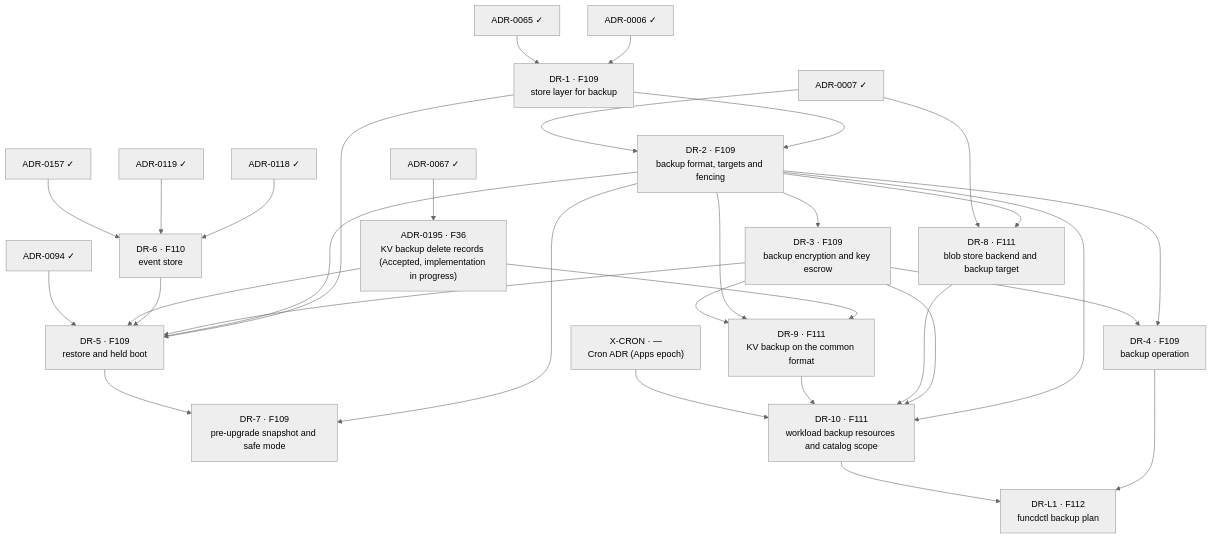
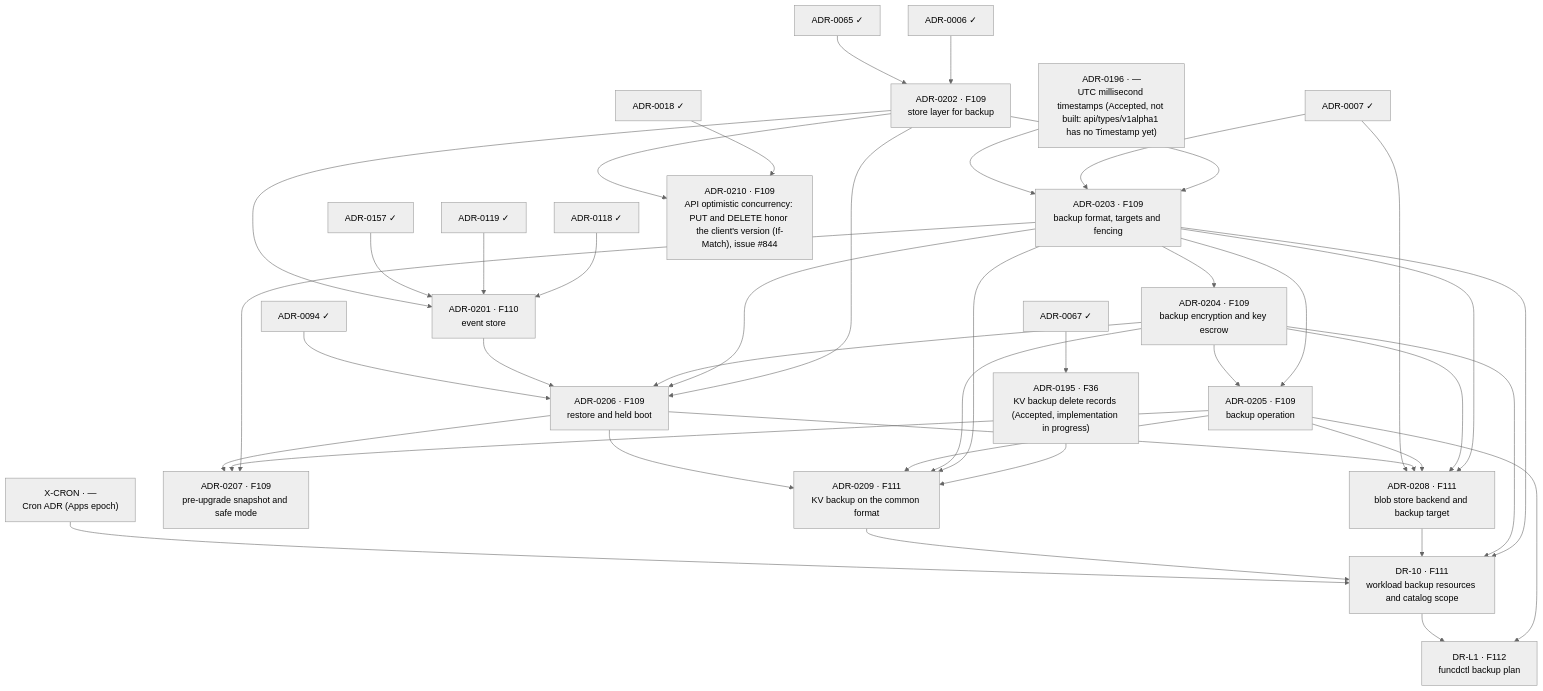
Before and after one commit to pyvvo/funcd: the diagram in docs/roadmap/dr-delivery-plan.md, drawn with Mermaid (neutral theme). The commit also changed other lines of this file and 13 other files, not shown here.

````diff
--- a/docs/roadmap/dr-delivery-plan.md
+++ b/docs/roadmap/dr-delivery-plan.md
@@ -69,56 +76,68 @@
 ```mermaid
 flowchart TB
     ADR_0006["ADR-0006 ✓"]
     ADR_0007["ADR-0007 ✓"]
+    ADR_0018["ADR-0018 ✓"]
     ADR_0065["ADR-0065 ✓"]
     ADR_0067["ADR-0067 ✓"]
     ADR_0094["ADR-0094 ✓"]
     ADR_0118["ADR-0118 ✓"]
     ADR_0119["ADR-0119 ✓"]
     ADR_0157["ADR-0157 ✓"]
     ADR_0195["ADR-0195 · F36<br/>KV backup delete records (Accepted, implementation in progress)"]
+    ADR_0196["ADR-0196 · —<br/>UTC millisecond timestamps (Accepted, not built: api/types/v1alpha1 has no Timestamp yet)"]
     X_CRON["X-CRON · —<br/>Cron ADR (Apps epoch)"]
-    DR_1["DR-1 · F109<br/>store layer for backup"]
-    DR_6["DR-6 · F110<br/>event store"]
-    DR_2["DR-2 · F109<br/>backup format, targets and fencing"]
-    DR_3["DR-3 · F109<br/>backup encryption and key escrow"]
-    DR_4["DR-4 · F109<br/>backup operation"]
-    DR_5["DR-5 · F109<br/>restore and held boot"]
-    DR_7["DR-7 · F109<br/>pre-upgrade snapshot and safe mode"]
-    DR_8["DR-8 · F111<br/>blob store backend and backup target"]
-    DR_9["DR-9 · F111<br/>KV backup on the common format"]
+    ADR_0202["ADR-0202 · F109<br/>store layer for backup"]
+    ADR_0201["ADR-0201 · F110<br/>event store"]
+    ADR_0203["ADR-0203 · F109<br/>backup format, targets and fencing"]
+    ADR_0204["ADR-0204 · F109<br/>backup encryption and key escrow"]
+    ADR_0205["ADR-0205 · F109<br/>backup operation"]
+    ADR_0206["ADR-0206 · F109<br/>restore and held boot"]
+    ADR_0207["ADR-0207 · F109<br/>pre-upgrade snapshot and safe mode"]
+    ADR_0208["ADR-0208 · F111<br/>blob store backend and backup target"]
+    ADR_0209["ADR-0209 · F111<br/>KV backup on the common format"]
     DR_10["DR-10 · F111<br/>workload backup resources and catalog scope"]
+    ADR_0210["ADR-0210 · F109<br/>API optimistic concurrency: PUT and DELETE honor the client's version (If-Match), issue #844"]
     DR_L1["DR-L1 · F112<br/>funcdctl backup plan"]
 
     ADR_0067 --> ADR_0195
-    ADR_0006 --> DR_1
-    ADR_0065 --> DR_1
-    ADR_0118 --> DR_6
-    ADR_0119 --> DR_6
-    ADR_0157 --> DR_6
-    DR_1 --> DR_2
-    ADR_0007 --> DR_2
-    DR_2 --> DR_3
-    DR_2 --> DR_4
-    DR_3 --> DR_4
-    DR_1 --> DR_5
-    DR_2 --> DR_5
-    DR_3 --> DR_5
-    DR_6 --> DR_5
-    ADR_0195 --> DR_5
-    ADR_0094 --> DR_5
-    DR_2 --> DR_7
-    DR_5 --> DR_7
-    DR_2 --> DR_8
-    ADR_0007 --> DR_8
-    ADR_0195 --> DR_9
-    DR_2 --> DR_9
-    DR_3 --> DR_9
-    DR_2 --> DR_10
-    DR_3 --> DR_10
-    DR_8 --> DR_10
-    DR_9 --> DR_10
+    ADR_0006 --> ADR_0202
+    ADR_0065 --> ADR_0202
+    ADR_0118 --> ADR_0201
+    ADR_0119 --> ADR_0201
+    ADR_0157 --> ADR_0201
+    ADR_0202 --> ADR_0201
+    ADR_0202 --> ADR_0203
+    ADR_0007 --> ADR_0203
+    ADR_0196 --> ADR_0203
+    ADR_0203 --> ADR_0204
+    ADR_0203 --> ADR_0205
+    ADR_0204 --> ADR_0205
+    ADR_0202 --> ADR_0206
+    ADR_0203 --> ADR_0206
+    ADR_0204 --> ADR_0206
+    ADR_0201 --> ADR_0206
+    ADR_0094 --> ADR_0206
+    ADR_0203 --> ADR_0207
+    ADR_0205 --> ADR_0207
+    ADR_0206 --> ADR_0207
+    ADR_0203 --> ADR_0208
+    ADR_0204 --> ADR_0208
+    ADR_0205 --> ADR_0208
+    ADR_0206 --> ADR_0208
+    ADR_0007 --> ADR_0208
+    ADR_0195 --> ADR_0209
+    ADR_0203 --> ADR_0209
+    ADR_0204 --> ADR_0209
+    ADR_0205 --> ADR_0209
+    ADR_0206 --> ADR_0209
+    ADR_0203 --> DR_10
+    ADR_0204 --> DR_10
+    ADR_0208 --> DR_10
+    ADR_0209 --> DR_10
     X_CRON --> DR_10
-    DR_4 --> DR_L1
+    ADR_0018 --> ADR_0210
+    ADR_0202 --> ADR_0210
+    ADR_0205 --> DR_L1
     DR_10 --> DR_L1
 ```
````
